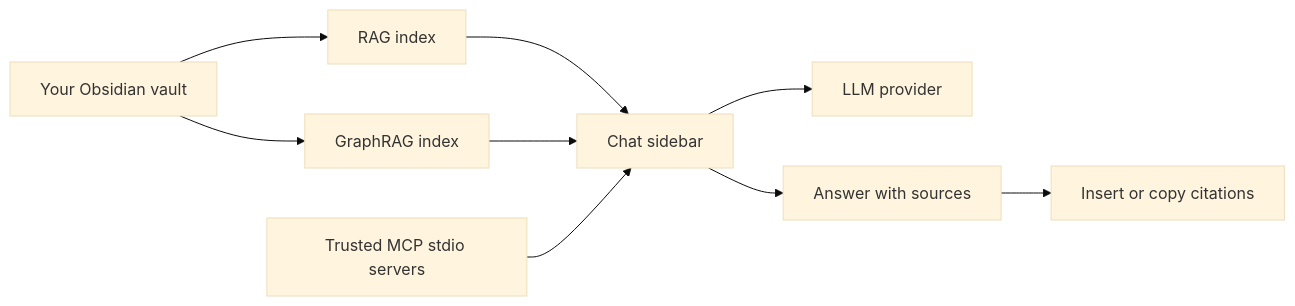
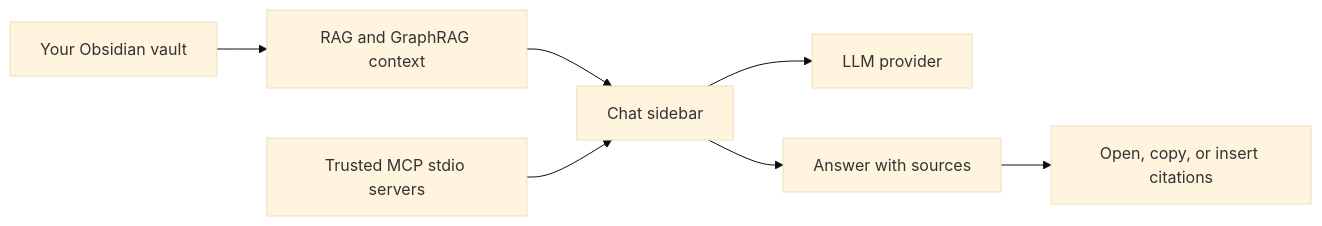
The diagram in README.md (magnitus99/Superpower-Inside), drawn with Mermaid (base theme) before and after one commit. The commit also changed other lines of this file and 7 other files, not shown here.

````diff
--- a/README.md
+++ b/README.md
@@ -26,11 +26,9 @@
 ```mermaid
 flowchart LR
-    A["Your Obsidian vault"] --> B["RAG index"]
-    A --> H["GraphRAG index"]
+    A["Your Obsidian vault"] --> B["RAG and GraphRAG context"]
     C["Chat sidebar"] --> D["LLM provider"]
     B --> C
-    H --> C
     E["Trusted MCP stdio servers"] --> C
     C --> F["Answer with sources"]
-    F --> G["Insert or copy citations"]
+    F --> G["Open, copy, or insert citations"]
 ```
````
